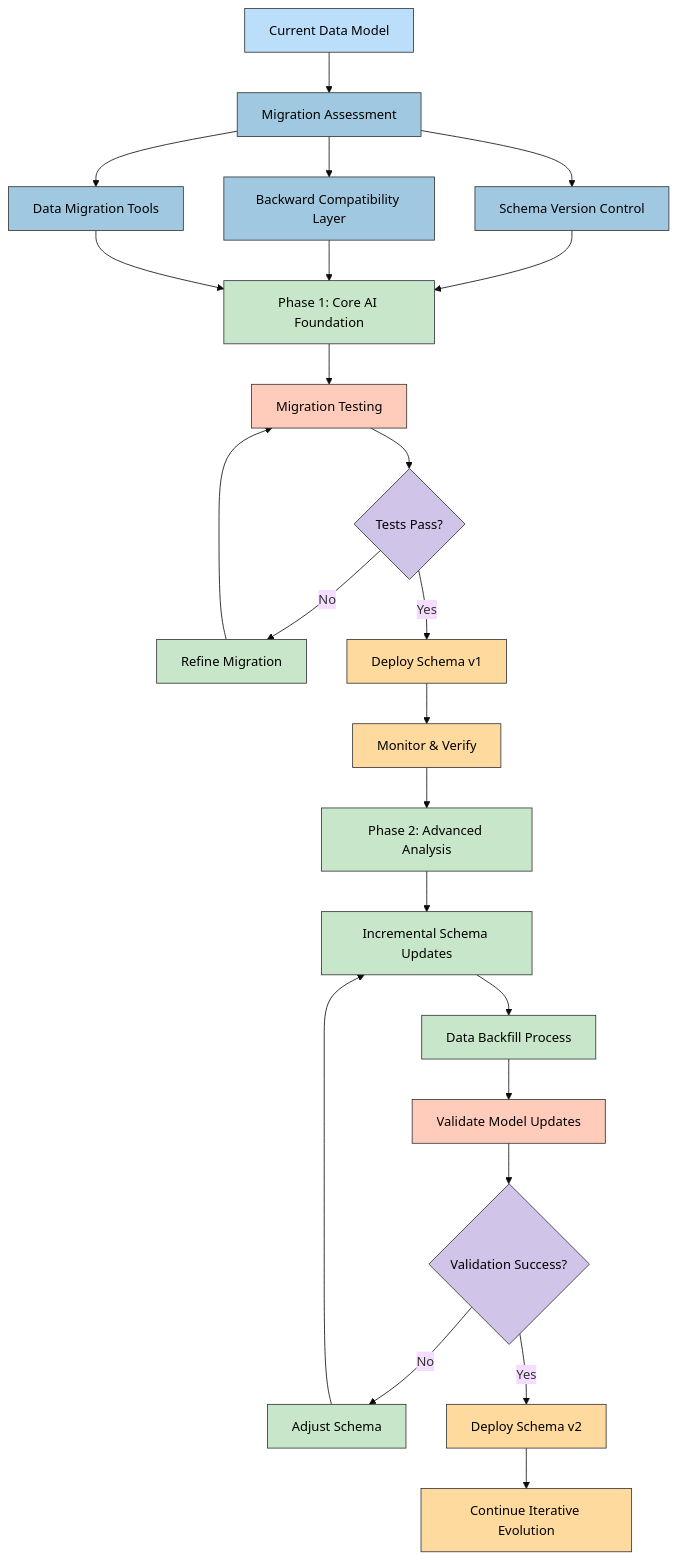
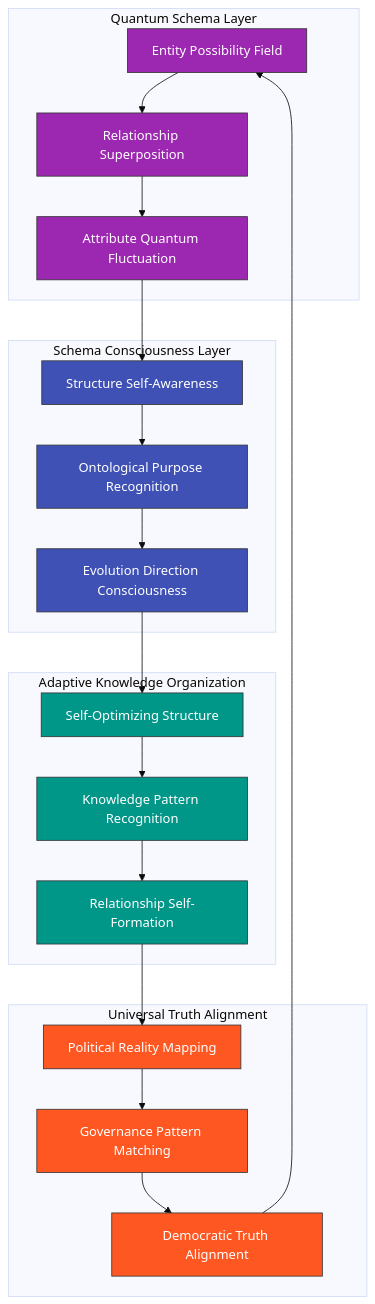
Before and after one commit to Hack23/cia: the fifth of 8 diagrams in FUTURE_DATA_MODEL.md, drawn with Mermaid (base theme). The commit also changed other lines of this file and 7 other files, not shown here.

First line of the commit message:
Add Political Analytics Frameworks, Distribution Analysis Framework, and Security Architecture documentation (#7341)

````diff
--- a/FUTURE_DATA_MODEL.md
+++ b/FUTURE_DATA_MODEL.md
@@ -778,45 +212,41 @@
 ```mermaid
-flowchart TD
-    A[Current Data Model] --> B[Migration Assessment]
+graph TD
+    subgraph "Quantum Schema Layer"
+        QS1[Entity Possibility Field]
+        QS2[Relationship Superposition]
+        QS3[Attribute Quantum Fluctuation]
+    end
     
-    B --> C1[Schema Version Control]
-    B --> C2[Backward Compatibility Layer]
-    B --> C3[Data Migration Tools]
+    subgraph "Schema Consciousness Layer"
+        SC1[Structure Self-Awareness]
+        SC2[Ontological Purpose Recognition]
+        SC3[Evolution Direction Consciousness]
+    end
     
-    C1 & C2 & C3 --> D[Phase 1: Core AI Foundation]
-    D --> E[Migration Testing]
-    E --> F{Tests Pass?}
+    subgraph "Adaptive Knowledge Organization"
+        AK1[Self-Optimizing Structure]
+        AK2[Knowledge Pattern Recognition]
+        AK3[Relationship Self-Formation]
+    end
     
-    F -->|No| G[Refine Migration]
-    G --> E
+    subgraph "Universal Truth Alignment"
+        UT1[Political Reality Mapping]
+        UT2[Governance Pattern Matching]
+        UT3[Democratic Truth Alignment]
+    end
     
-    F -->|Yes| H[Deploy Schema v1]
-    H --> I[Monitor & Verify]
-    I --> J[Phase 2: Advanced Analysis]
+    QS1 --> QS2 --> QS3 --> SC1
+    SC1 --> SC2 --> SC3 --> AK1
+    AK1 --> AK2 --> AK3 --> UT1
+    UT1 --> UT2 --> UT3 --> QS1
     
-    J --> K[Incremental Schema Updates]
-    K --> L[Data Backfill Process]
-    L --> M[Validate Model Updates]
+    classDef quantum fill:#9C27B0,stroke:#333,stroke-width:1px,color:white
+    classDef schema fill:#3F51B5,stroke:#333,stroke-width:1px,color:white
+    classDef adaptive fill:#009688,stroke:#333,stroke-width:1px,color:white
+    classDef truth fill:#FF5722,stroke:#333,stroke-width:1px,color:white
     
-    M --> N{Validation Success?}
-    N -->|No| O[Adjust Schema]
-    O --> K
-    
-    N -->|Yes| P[Deploy Schema v2]
-    P --> Q[Continue Iterative Evolution]
-
-    classDef current fill:#bbdefb,stroke:#333,stroke-width:1px,color:black
-    classDef planning fill:#a0c8e0,stroke:#333,stroke-width:1px,color:black
-    classDef implementation fill:#c8e6c9,stroke:#333,stroke-width:1px,color:black
-    classDef testing fill:#ffccbc,stroke:#333,stroke-width:1px,color:black
-    classDef decision fill:#d1c4e9,stroke:#333,stroke-width:1px,color:black
-    classDef deployment fill:#ffda9e,stroke:#333,stroke-width:1px,color:black
-
-    class A current
-    class B,C1,C2,C3 planning
-    class D,J,K,L implementation
-    class E,M testing
-    class F,N decision
-    class G,O implementation
-    class H,P,I,Q deployment
+    class QS1,QS2,QS3 quantum
+    class SC1,SC2,SC3 schema
+    class AK1,AK2,AK3 adaptive
+    class UT1,UT2,UT3 truth
 ```
````
